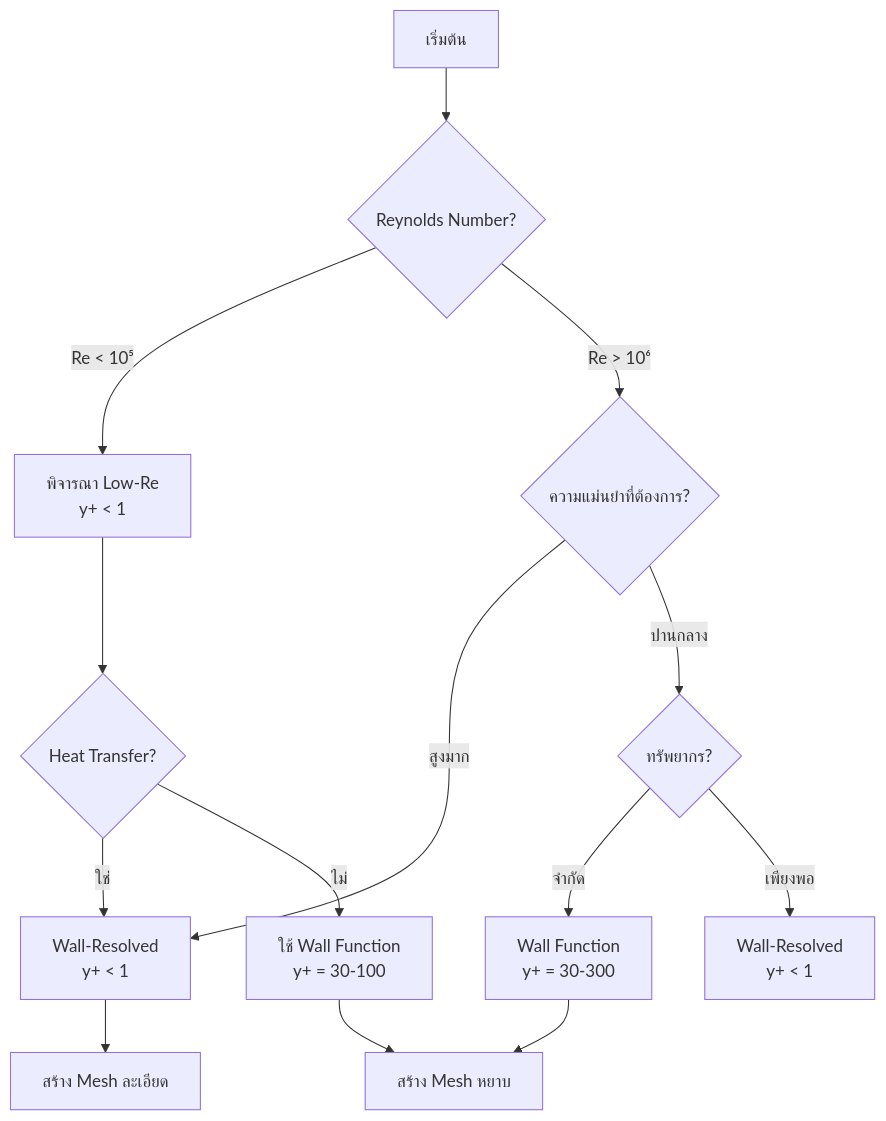
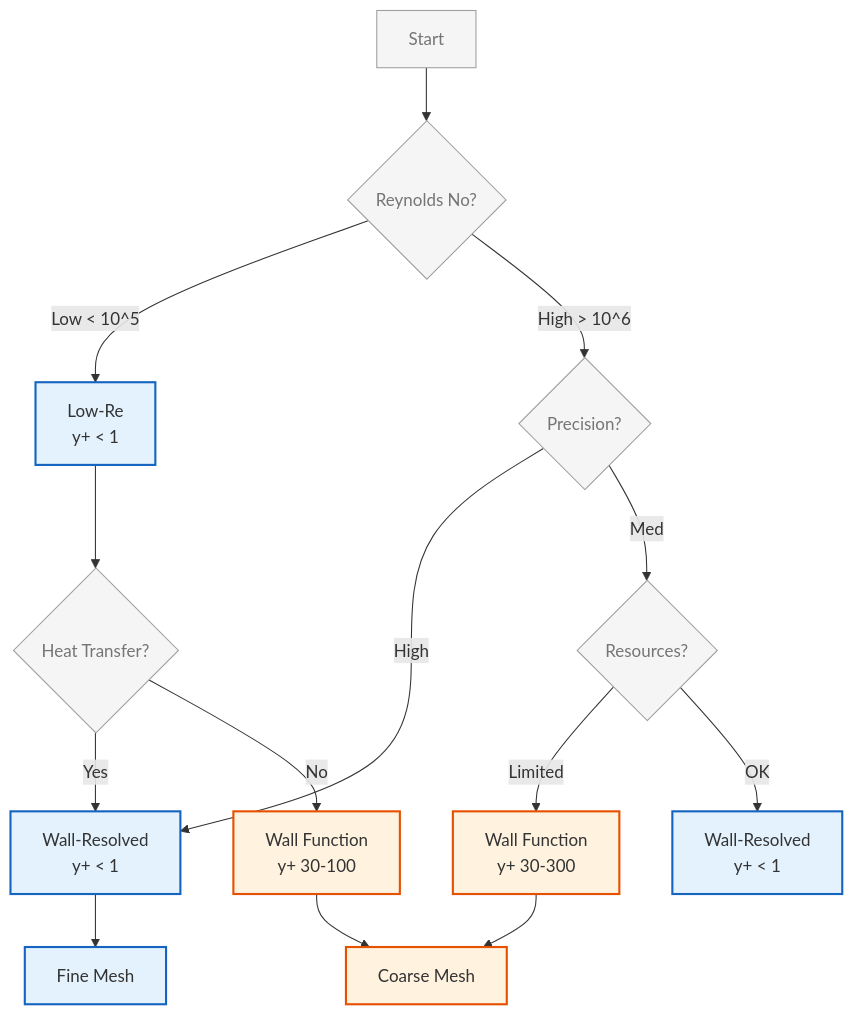
Before and after one commit to wramet/build-my-cfd: the third of 3 diagrams in MODULE_03_SINGLE_PHASE_FLOW/CONTENT/03_TURBULENCE_MODELING/03_Wall_Treatment.md, drawn with Mermaid. The commit also changed other lines of this file and 313 other files, not shown here.

Commit message:
Revise all diagram

````diff
--- a/MODULE_03_SINGLE_PHASE_FLOW/CONTENT/03_TURBULENCE_MODELING/03_Wall_Treatment.md
+++ b/MODULE_03_SINGLE_PHASE_FLOW/CONTENT/03_TURBULENCE_MODELING/03_Wall_Treatment.md
@@ -483,20 +490,21 @@
 ```mermaid
 flowchart TD
-    A[เริ่มต้น] --> B{Reynolds Number?}
-    B -->|Re < 10⁵| C[พิจารณา Low-Re<br/>y+ < 1]
-    B -->|Re > 10⁶| D{ความแม่นยำที่ต้องการ?}
-
-    D -->|สูงมาก| E[Wall-Resolved<br/>y+ < 1]
-    D -->|ปานกลาง| F{ทรัพยากร?}
-
-    F -->|จำกัด| G[Wall Function<br/>y+ = 30-300]
-    F -->|เพียงพอ| H[Wall-Resolved<br/>y+ < 1]
-
-    C --> I{Heat Transfer?}
-    I -->|ใช่| E
-    I -->|ไม่| J[ใช้ Wall Function<br/>y+ = 30-100]
-
-    E --> K[สร้าง Mesh ละเอียด]
-    G --> L[สร้าง Mesh หยาบ]
-    J --> L
+%% Classes
+classDef explicit fill:#fff3e0,stroke:#e65100,stroke-width:2px;
+classDef implicit fill:#e3f2fd,stroke:#1565c0,stroke-width:2px;
+classDef context fill:#f5f5f5,stroke:#9e9e9e,stroke-width:1px,color:#757575;
+%% Nodes
+A[Start]:::context --> B{Reynolds No?}:::context
+B -->|Low < 10^5| C[Low-Re<br/>y+ < 1]:::implicit
+B -->|High > 10^6| D{Precision?}:::context
+D -->|High| E[Wall-Resolved<br/>y+ < 1]:::implicit
+D -->|Med| F{Resources?}:::context
+F -->|Limited| G[Wall Function<br/>y+ 30-300]:::explicit
+F -->|OK| H[Wall-Resolved<br/>y+ < 1]:::implicit
+C --> I{Heat Transfer?}:::context
+I -->|Yes| E
+I -->|No| J[Wall Function<br/>y+ 30-100]:::explicit
+E --> K[Fine Mesh]:::implicit
+G --> L[Coarse Mesh]:::explicit
+J --> L
 ```
````
